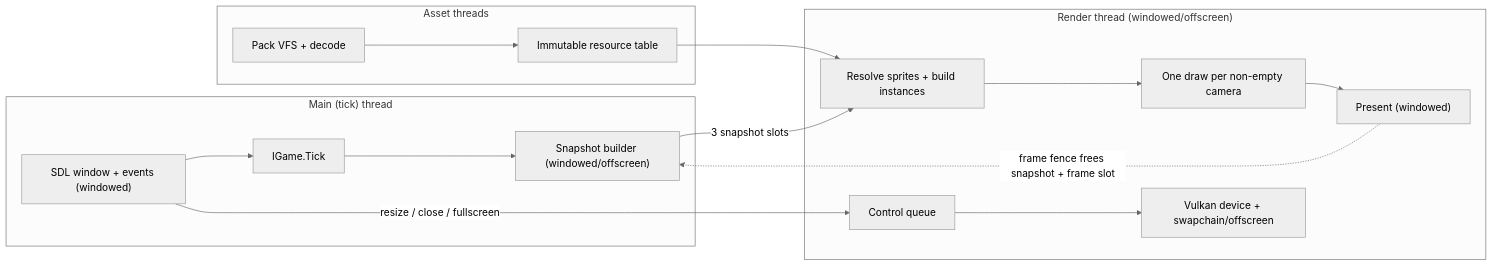
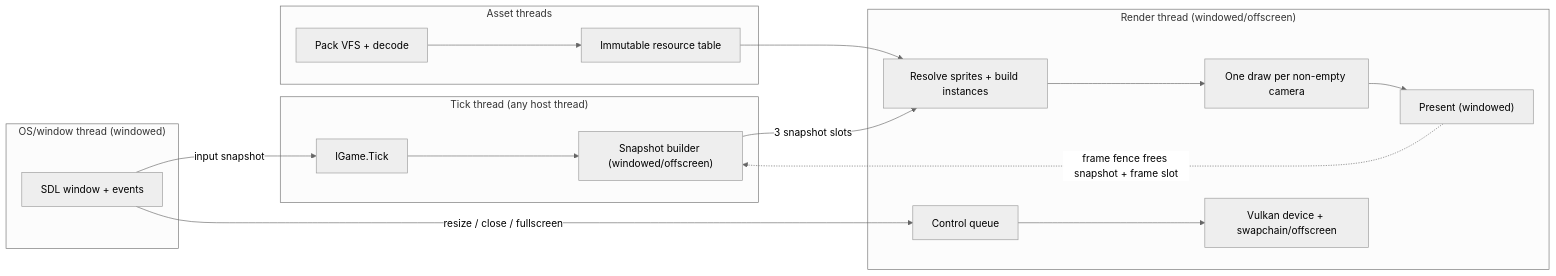
One commit to BorkEngine/Bork2d changed the second of 2 diagrams in docs/architecture/overview.md. Above: the diagram before and after it, drawn with Mermaid (neutral theme). The commit also changed other lines of this file and 13 other files, not shown here.

````diff
--- a/docs/architecture/overview.md
+++ b/docs/architecture/overview.md
@@ -138,30 +139,33 @@
 ```mermaid
 flowchart LR
-  subgraph main["Main (tick) thread"]
-    SDL["SDL window + events (windowed)"]
+  subgraph os["OS/window thread (windowed)"]
+    SDL["SDL window + events"]
+  end
+
+  subgraph tick["Tick thread (any host thread)"]
     GAME["IGame.Tick"]
     BUILD["Snapshot builder (windowed/offscreen)"]
   end
 
   subgraph render["Render thread (windowed/offscreen)"]
     CONTROL["Control queue"]
     DEVICE["Vulkan device + swapchain/offscreen"]
     CONVERT["Resolve sprites + build instances"]
     DRAW["One draw per non-empty camera"]
     PRESENT["Present (windowed)"]
   end
 
   subgraph assets["Asset threads"]
     PACK["Pack VFS + decode"]
     TABLE["Immutable resource table"]
   end
 
-  SDL --> GAME --> BUILD
+  SDL -- "input snapshot" --> GAME --> BUILD
   BUILD -- "3 snapshot slots" --> CONVERT
   TABLE --> CONVERT
   PACK --> TABLE
   SDL -- "resize / close / fullscreen" --> CONTROL
   CONTROL --> DEVICE
   CONVERT --> DRAW --> PRESENT
   PRESENT -. "frame fence frees snapshot + frame slot" .-> BUILD
 ```
````
